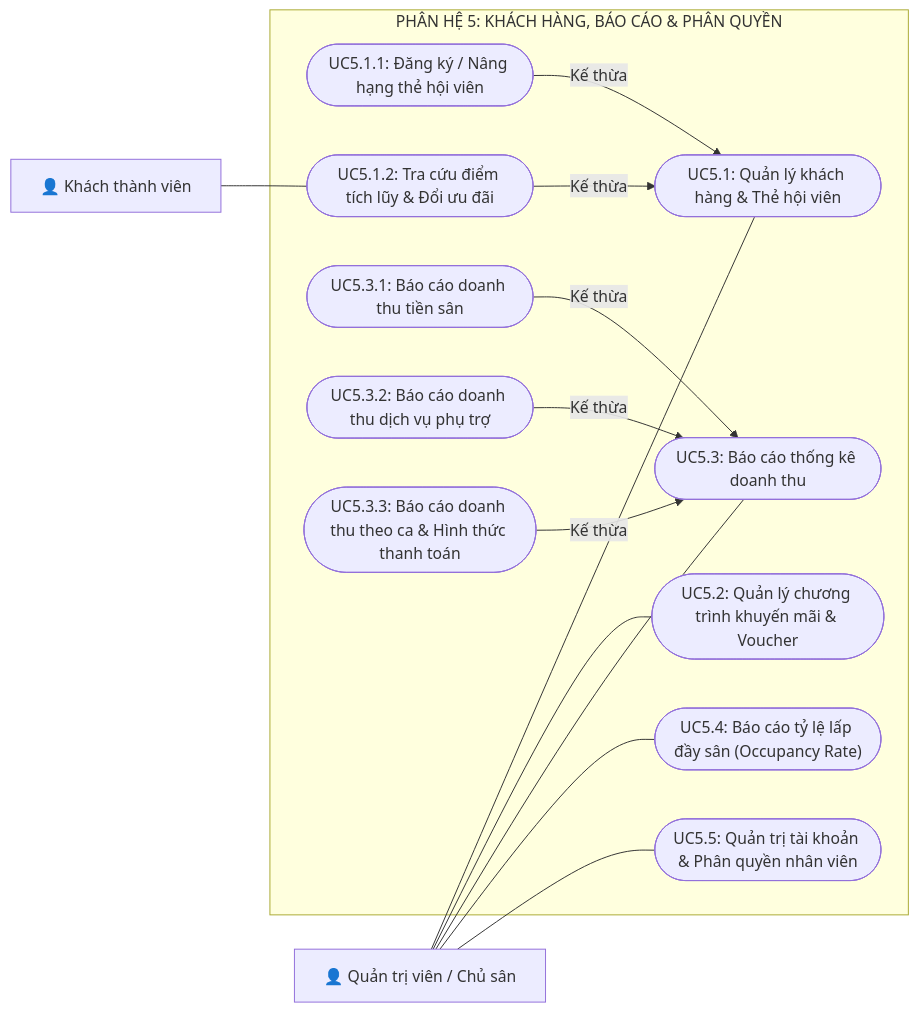
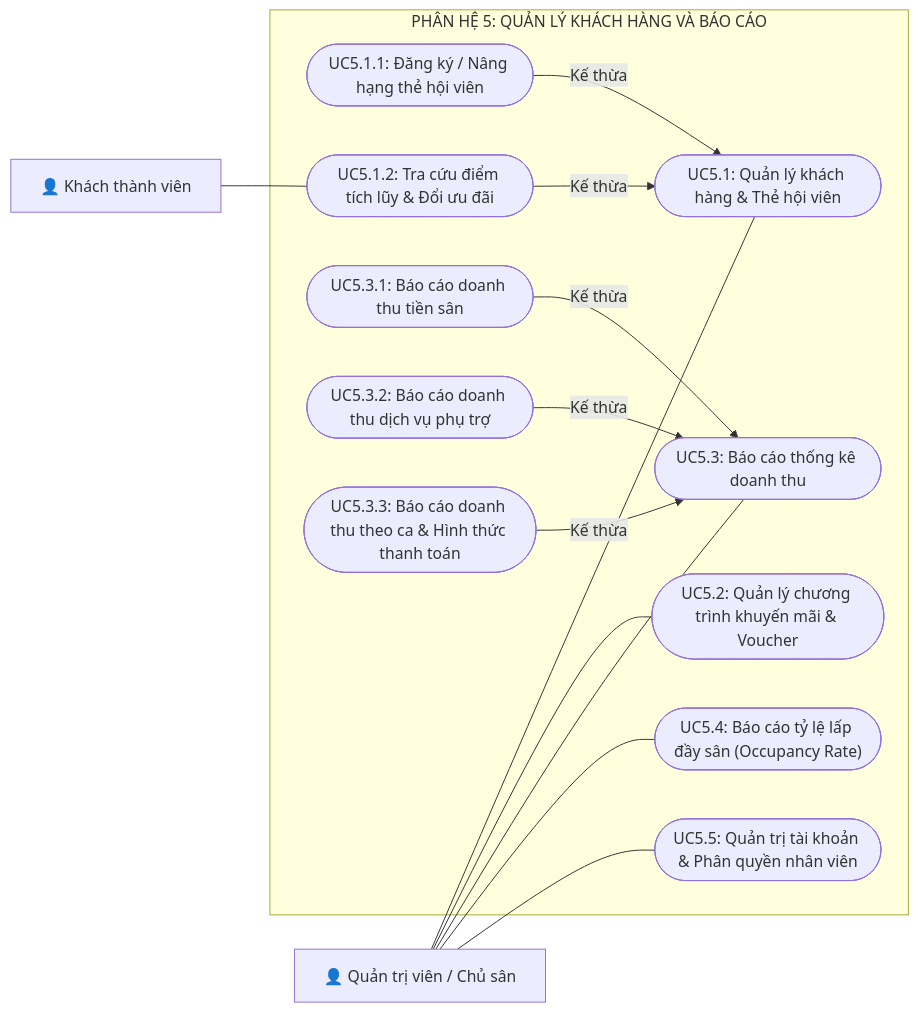
One commit to nphat-code/DoAn-OOAD-SGU changed the seventh of 7 diagrams in BTH/BTH3_UsecaseDiagram/BTH3_UsecaseDiagram.md. Above: the diagram before and after it, drawn with Mermaid. The commit also changed other lines of this file, not shown here.

Commit message:
refactor(bth3): strictly standardize subsystem names across Part 2 and Part 3 with BTH1 BFD

````diff
--- a/BTH/BTH3_UsecaseDiagram/BTH3_UsecaseDiagram.md
+++ b/BTH/BTH3_UsecaseDiagram/BTH3_UsecaseDiagram.md
@@ -278,36 +278,36 @@
 ```mermaid
 flowchart LR
     Customer["👤 Khách thành viên"]
     Admin["👤 Quản trị viên / Chủ sân"]
 
-    subgraph Subsystem5 ["PHÂN HỆ 5: KHÁCH HÀNG, BÁO CÁO & PHÂN QUYỀN"]
+    subgraph Subsystem5 ["PHÂN HỆ 5: QUẢN LÝ KHÁCH HÀNG VÀ BÁO CÁO"]
         UC51(["UC5.1: Quản lý khách hàng & Thẻ hội viên"])
         UC511(["UC5.1.1: Đăng ký / Nâng hạng thẻ hội viên"])
         UC512(["UC5.1.2: Tra cứu điểm tích lũy & Đổi ưu đãi"])
 
         UC52(["UC5.2: Quản lý chương trình khuyến mãi & Voucher"])
 
         UC53(["UC5.3: Báo cáo thống kê doanh thu"])
         UC531(["UC5.3.1: Báo cáo doanh thu tiền sân"])
         UC532(["UC5.3.2: Báo cáo doanh thu dịch vụ phụ trợ"])
         UC533(["UC5.3.3: Báo cáo doanh thu theo ca & Hình thức thanh toán"])
 
         UC54(["UC5.4: Báo cáo tỷ lệ lấp đầy sân (Occupancy Rate)"])
         UC55(["UC5.5: Quản trị tài khoản & Phân quyền nhân viên"])
     end
 
     Customer --- UC512
 
     Admin --- UC51
     Admin --- UC52
     Admin --- UC53
     Admin --- UC54
     Admin --- UC55
 
     UC511 -->|Kế thừa| UC51
     UC512 -->|Kế thừa| UC51
 
     UC531 -->|Kế thừa| UC53
     UC532 -->|Kế thừa| UC53
     UC533 -->|Kế thừa| UC53
 ```
````
